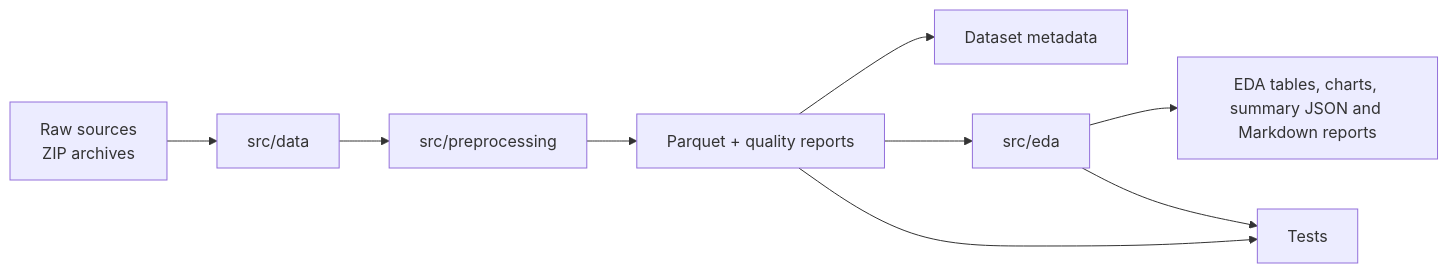
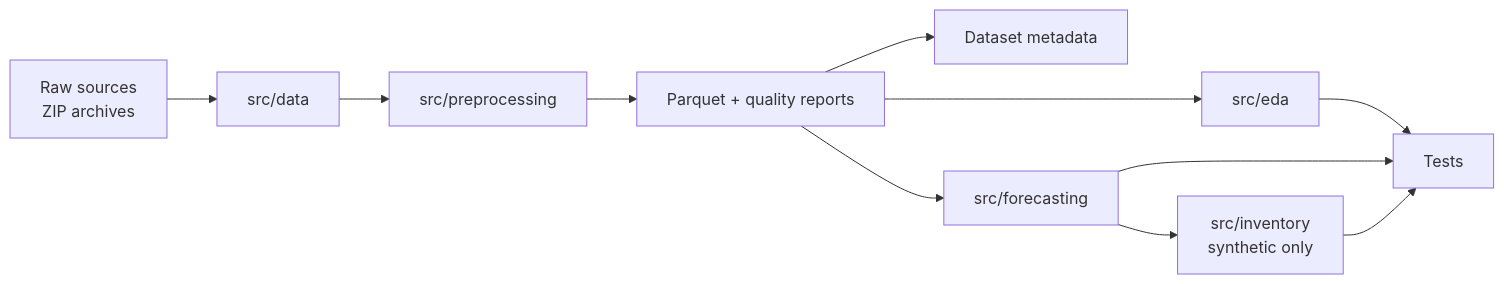
One commit to mukull11/JewelCast-AI changed the diagram in docs/architecture.md. Above: the diagram before and after it, drawn with Mermaid. The commit also changed other lines of this file and 31 other files, not shown here.

````diff
--- a/docs/architecture.md
+++ b/docs/architecture.md
@@ -12,11 +12,13 @@
 ```mermaid
 flowchart LR
     A[Raw sources<br/>ZIP archives] --> B[src/data]
     B --> C[src/preprocessing]
     C --> D[Parquet + quality reports]
     D --> E[Dataset metadata]
     D --> F[src/eda]
-    F --> G[EDA tables, charts, summary JSON and Markdown reports]
-    D --> H[Tests]
-    F --> H
+    D --> G[src/forecasting]
+    G --> H[src/inventory<br/>synthetic only]
+    F --> I[Tests]
+    G --> I
+    H --> I
 ```
````
